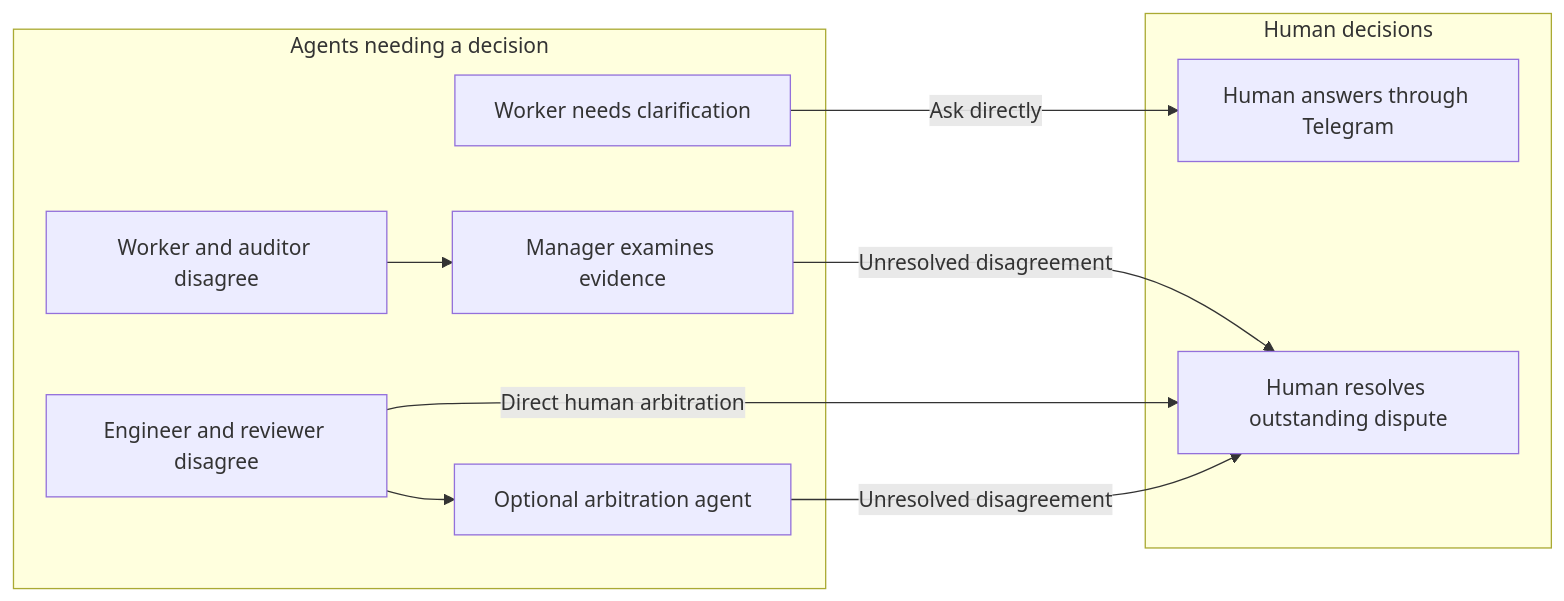
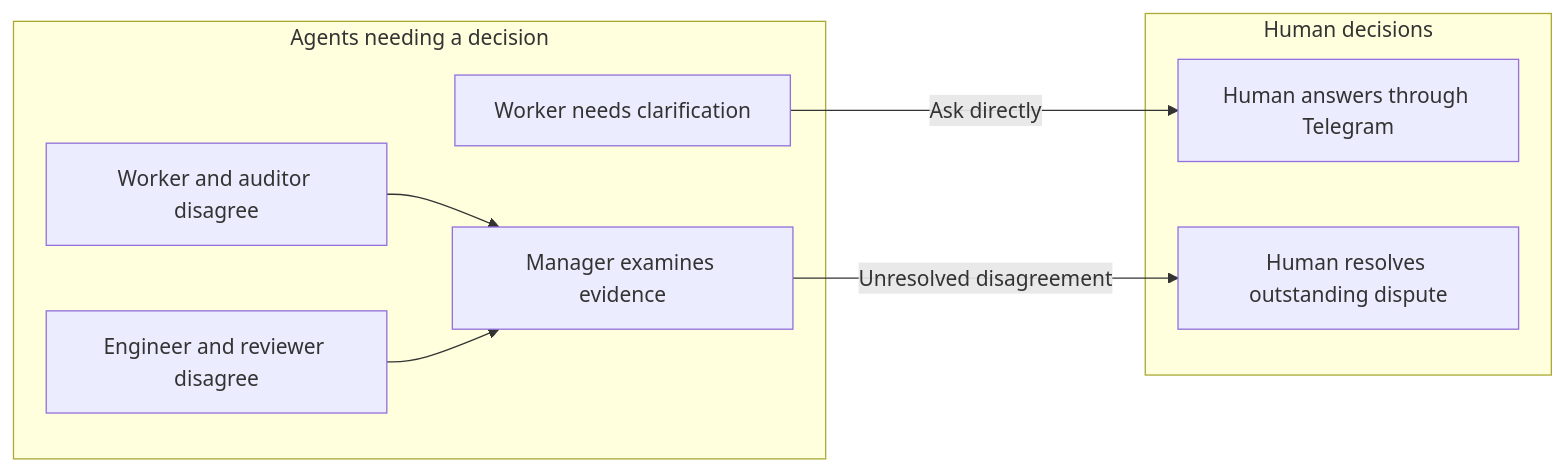
One commit to dataclique/metagenda changed the fifth of 6 diagrams in SPEC.md. Above: the diagram before and after it, drawn with Mermaid. The commit also changed other lines of this file, not shown here.

Commit message:
unify orchestrator terminology and manager arbitration

````diff
--- a/SPEC.md
+++ b/SPEC.md
@@ -233,20 +238,17 @@
 ```mermaid
 flowchart LR
     subgraph Agents[Agents needing a decision]
         Question[Worker needs clarification]
         Dispute[Worker and auditor disagree]
         ReviewDispute[Engineer and reviewer disagree]
         Manager[Manager examines evidence]
-        Arbitrator[Optional arbitration agent]
     end
     subgraph Humans[Human decisions]
         Telegram[Human answers through Telegram]
         Final[Human resolves outstanding dispute]
     end
     Question -->|Ask directly| Telegram
     Dispute --> Manager
     Manager -->|Unresolved disagreement| Final
-    ReviewDispute --> Arbitrator
-    ReviewDispute -->|Direct human arbitration| Final
-    Arbitrator -->|Unresolved disagreement| Final
+    ReviewDispute --> Manager
 ```
````
